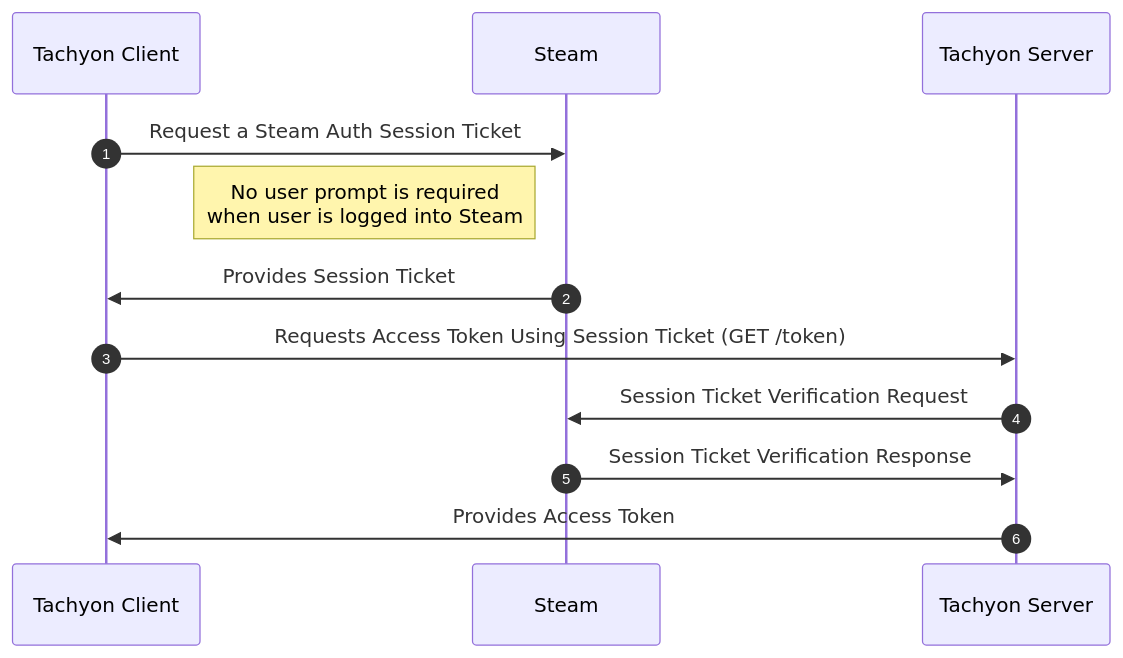
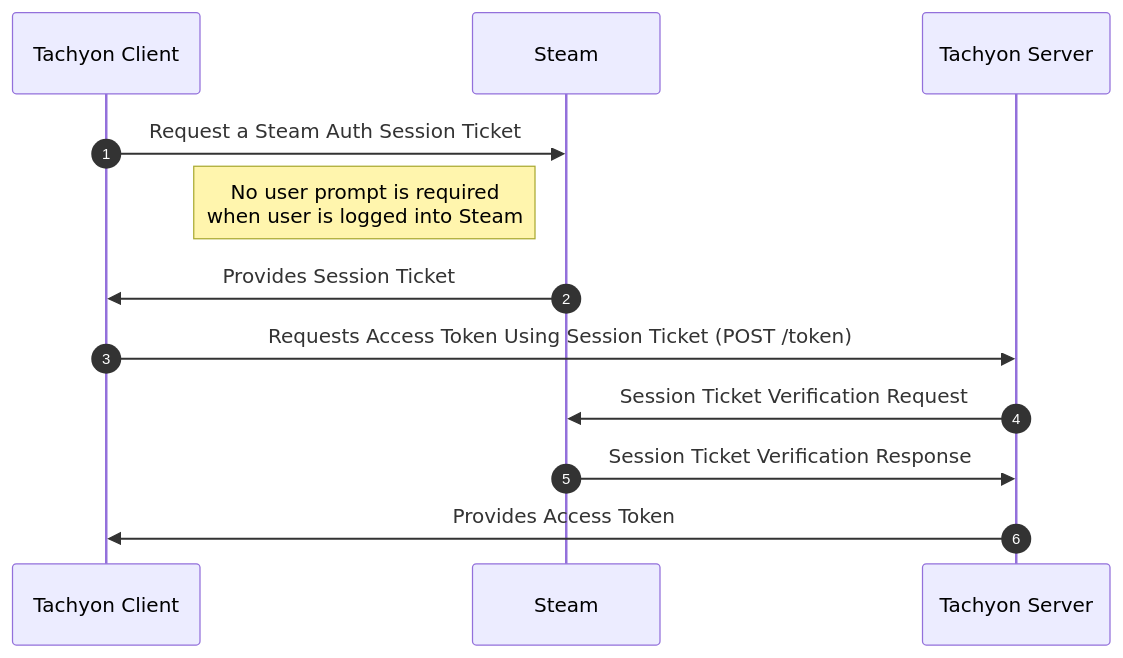
One commit to beyond-all-reason/tachyon changed the second of 2 diagrams in docs/authorization.md. Above: the diagram before and after it, drawn with Mermaid. The commit also changed other lines of this file, not shown here.

Commit message:
Document the token request as a form-encoded POST

````diff
--- a/docs/authorization.md
+++ b/docs/authorization.md
@@ -161,16 +167,16 @@
 ```mermaid
 sequenceDiagram
    autonumber
 
    participant Client as Tachyon Client
    participant Steam
    participant Server as Tachyon Server
 
    Client ->> Steam: Request a Steam Auth Session Ticket
    Note left of Steam: No user prompt is required<br>when user is logged into Steam
    Steam ->> Client: Provides Session Ticket
-   Client ->> Server: Requests Access Token Using Session Ticket (GET /token)
+   Client ->> Server: Requests Access Token Using Session Ticket (POST /token)
    Server ->> Steam: Session Ticket Verification Request
    Steam ->> Server: Session Ticket Verification Response
    Server ->> Client: Provides Access Token
 ```
````
